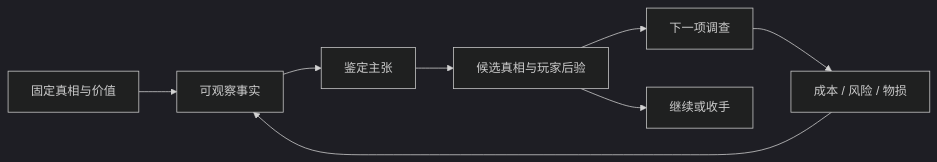
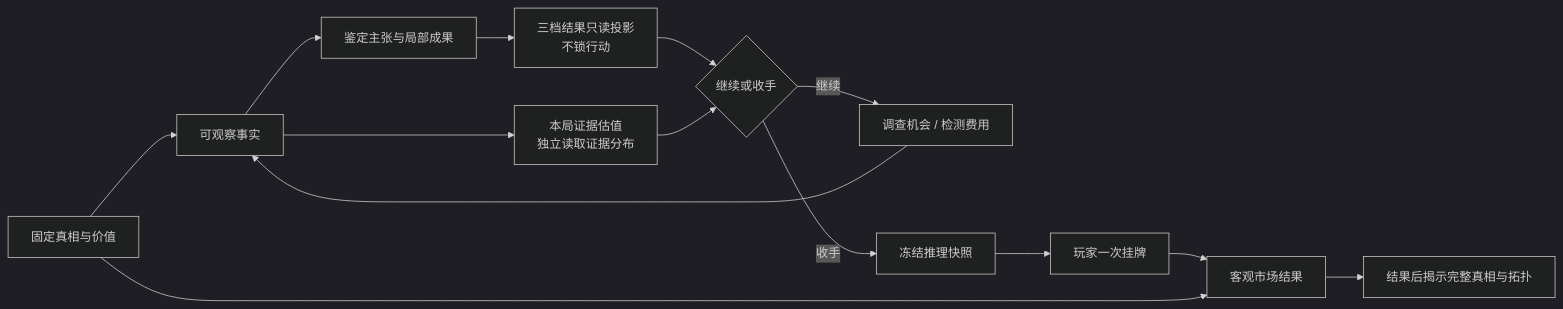
The second of 2 diagrams in docs/project/overview/01-ROADMAP.md (NomuTsuki/zhangyan), drawn with Mermaid (dark theme) before and after one commit. The commit also changed other lines of this file and 44 other files, not shown here.

````diff
--- a/docs/project/overview/01-ROADMAP.md
+++ b/docs/project/overview/01-ROADMAP.md
@@ -32,10 +48,16 @@
 ```mermaid
 flowchart LR
     Truth["固定真相与价值"] --> Fact["可观察事实"]
-    Fact --> Claim["鉴定主张"]
-    Claim --> Belief["候选真相与玩家后验"]
-    Belief --> Action["下一项调查"]
-    Action --> Cost["成本 / 风险 / 物损"]
-    Belief --> Stop["继续或收手"]
+    Fact --> Claim["鉴定主张与局部成果"]
+    Claim --> Result["三档结果只读投影<br/>不锁行动"]
+    Fact --> Value["本局证据估值<br/>独立读取证据分布"]
+    Result --> Stop
+    Value --> Stop{"继续或收手"}
+    Stop -->|继续| Cost["调查机会 / 检测费用"]
     Cost --> Fact
+    Stop -->|收手| Freeze["冻结推理快照"]
+    Freeze --> Price["玩家一次挂牌"]
+    Price --> Market["客观市场结果"]
+    Truth --> Market
+    Market --> Reveal["结果后揭示完整真相与拓扑"]
 ```
````
